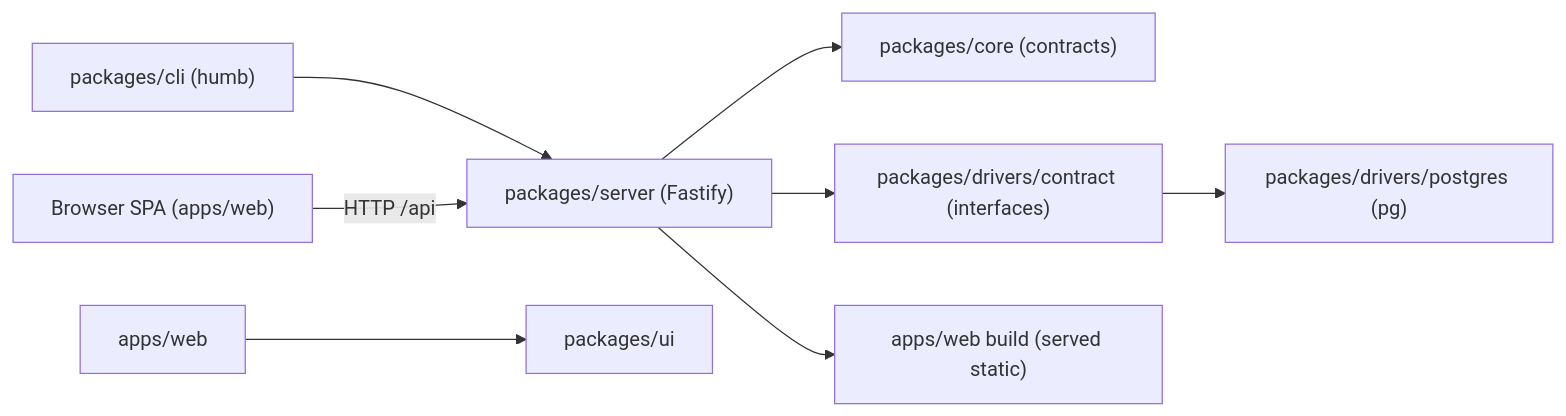
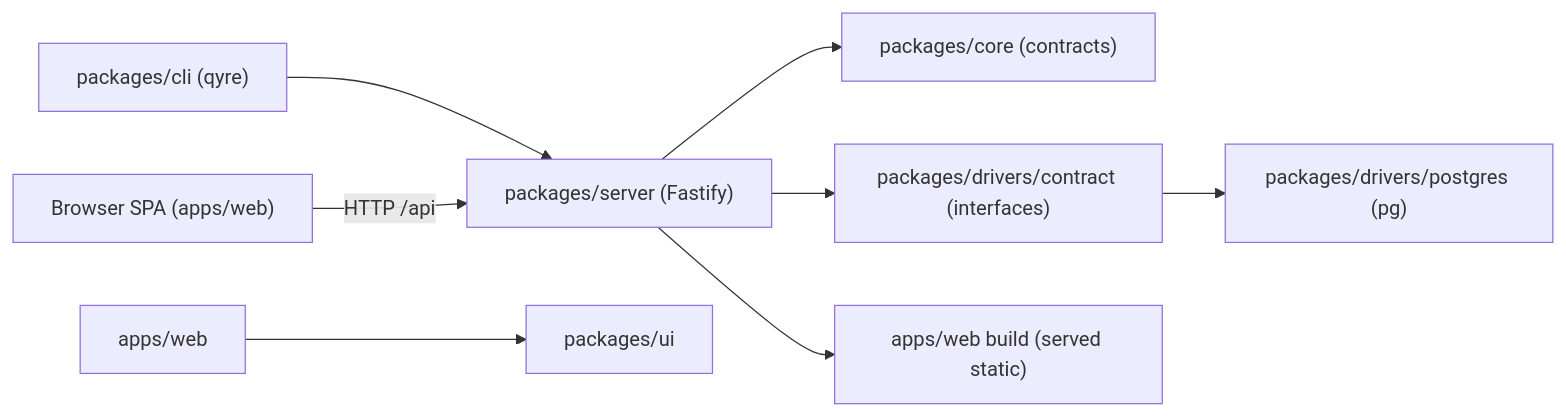
Before and after one commit to ensp1re/qyre: the diagram in ARCHITECTURE.md, drawn with Mermaid. The commit also changed other lines of this file and 187 other files, not shown here.

````diff
--- a/ARCHITECTURE.md
+++ b/ARCHITECTURE.md
@@ -15,10 +15,10 @@
 ```mermaid
 flowchart LR
-  cli["packages/cli (humb)"] --> server["packages/server (Fastify)"]
+  cli["packages/cli (qyre)"] --> server["packages/server (Fastify)"]
   server --> core["packages/core (contracts)"]
   server --> adapterApi["packages/drivers/contract (interfaces)"]
   adapterApi --> pg["packages/drivers/postgres (pg)"]
   server --> static["apps/web build (served static)"]
   browser["Browser SPA (apps/web)"] -->|HTTP /api| server
   web2ui["apps/web"] --> uikit["packages/ui"]
 ```
````
